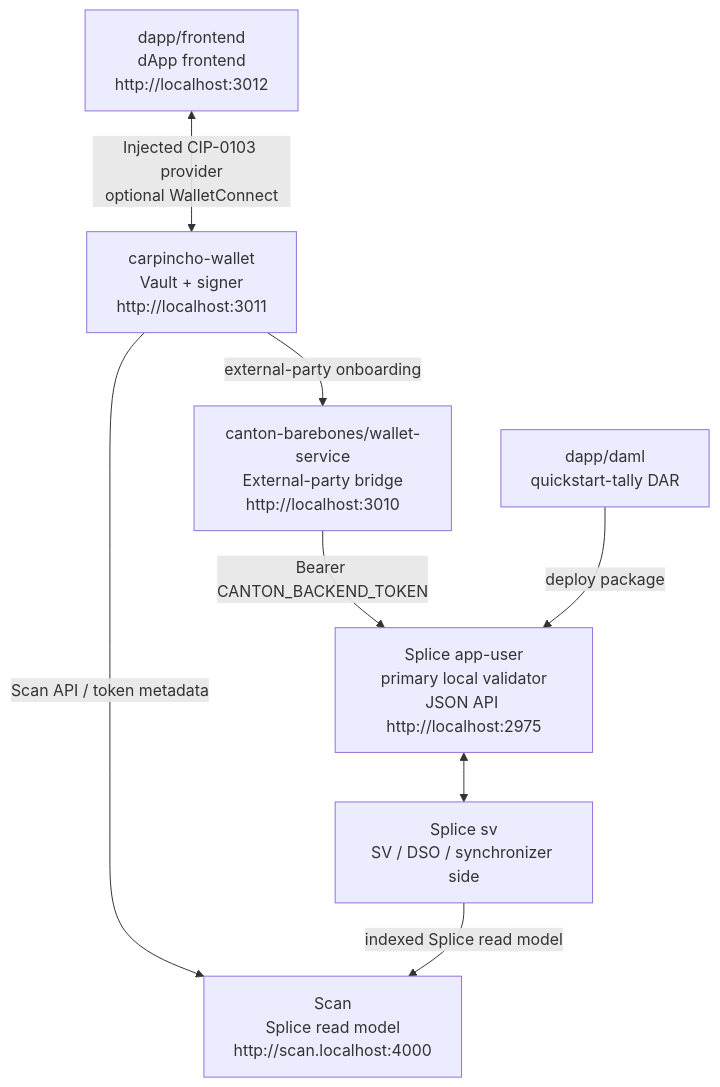
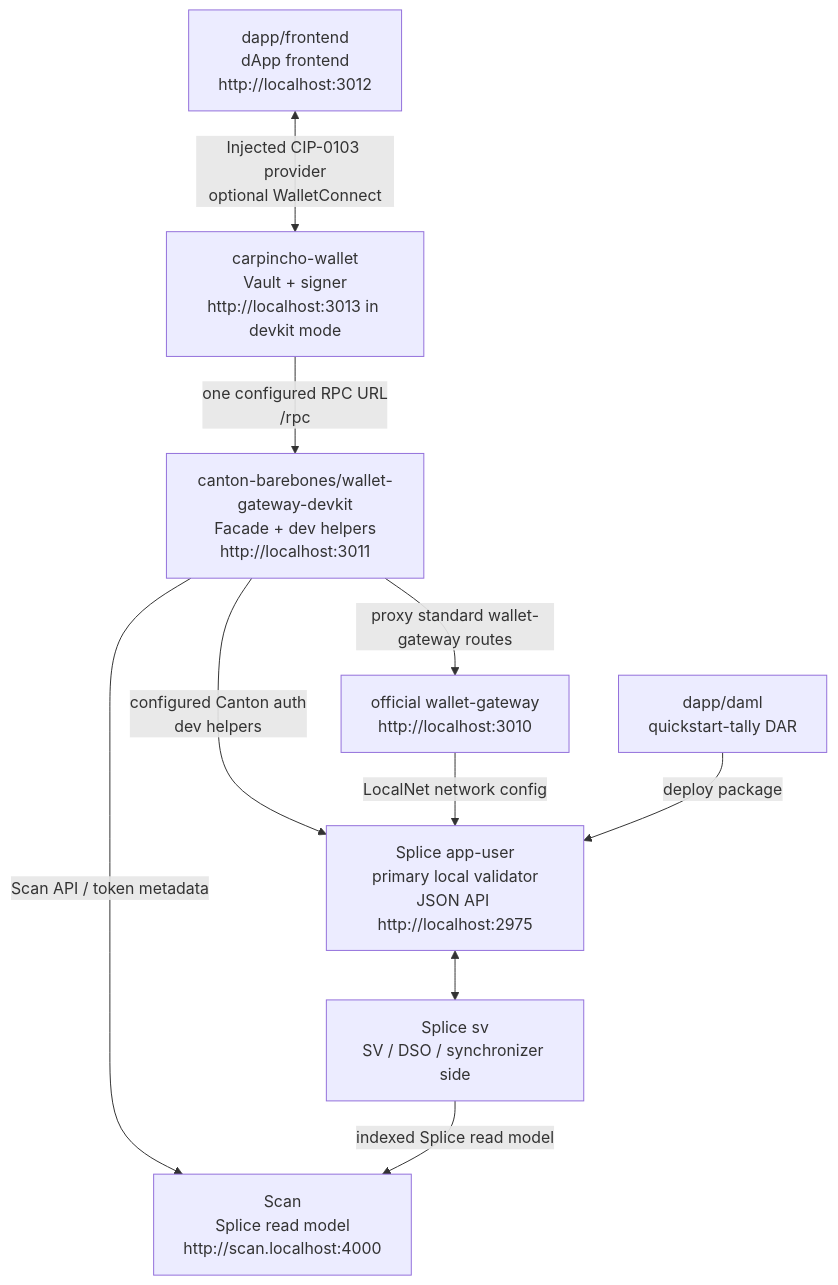
Before and after one commit to BootNodeDev/cn-dappbooster: the diagram in README.md, drawn with Mermaid. The commit also changed other lines of this file and 10 other files, not shown here.

Commit message:
docs: document wallet gateway devkit architecture

````diff
--- a/README.md
+++ b/README.md
@@ -5,18 +5,21 @@
 ```mermaid
 flowchart TD
   fe["dapp/frontend<br/>dApp frontend<br/>http://localhost:3012"]
-  wallet["carpincho-wallet<br/>Vault + signer<br/>http://localhost:3011"]
-  ws["canton-barebones/wallet-service<br/>External-party bridge<br/>http://localhost:3010"]
+  wallet["carpincho-wallet<br/>Vault + signer<br/>http://localhost:3013 in devkit mode"]
+  devkit["canton-barebones/wallet-gateway-devkit<br/>Facade + dev helpers<br/>http://localhost:3011"]
+  wg["official wallet-gateway<br/>http://localhost:3010"]
   au["Splice app-user<br/>primary local validator<br/>JSON API http://localhost:2975"]
   sv["Splice sv<br/>SV / DSO / synchronizer side"]
   scan["Scan<br/>Splice read model<br/>http://scan.localhost:4000"]
   dar["dapp/daml<br/>quickstart-tally DAR"]
 
   fe <-->|"Injected CIP-0103 provider<br/>optional WalletConnect"| wallet
-  wallet -->|"external-party onboarding"| ws
-  wallet -->|"Scan API / token metadata"| scan
-  ws -->|"Bearer CANTON_BACKEND_TOKEN"| au
+  wallet -->|"one configured RPC URL<br/>/rpc"| devkit
+  devkit -->|"proxy standard wallet-gateway routes"| wg
+  devkit -->|"Scan API / token metadata"| scan
+  devkit -->|"configured Canton auth<br/>dev helpers"| au
+  wg -->|"LocalNet network config"| au
   au <--> sv
   sv -->|"indexed Splice read model"| scan
   dar -->|"deploy package"| au
 ```
````
